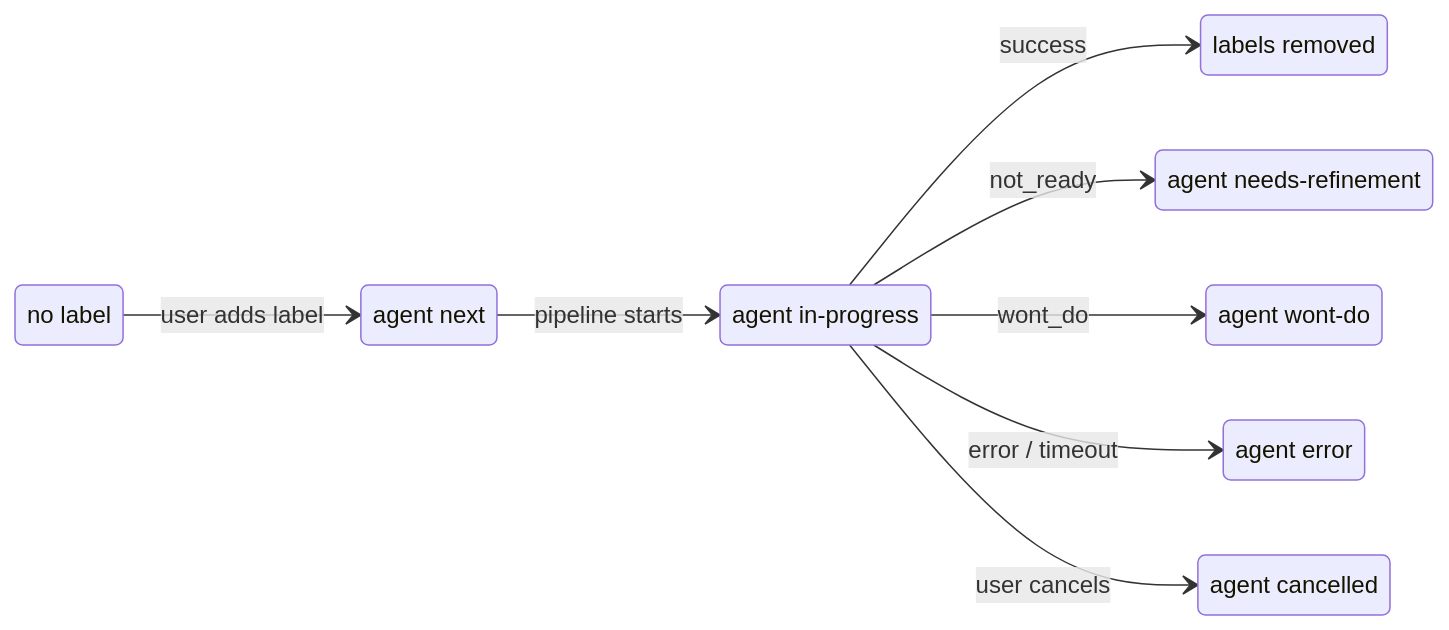
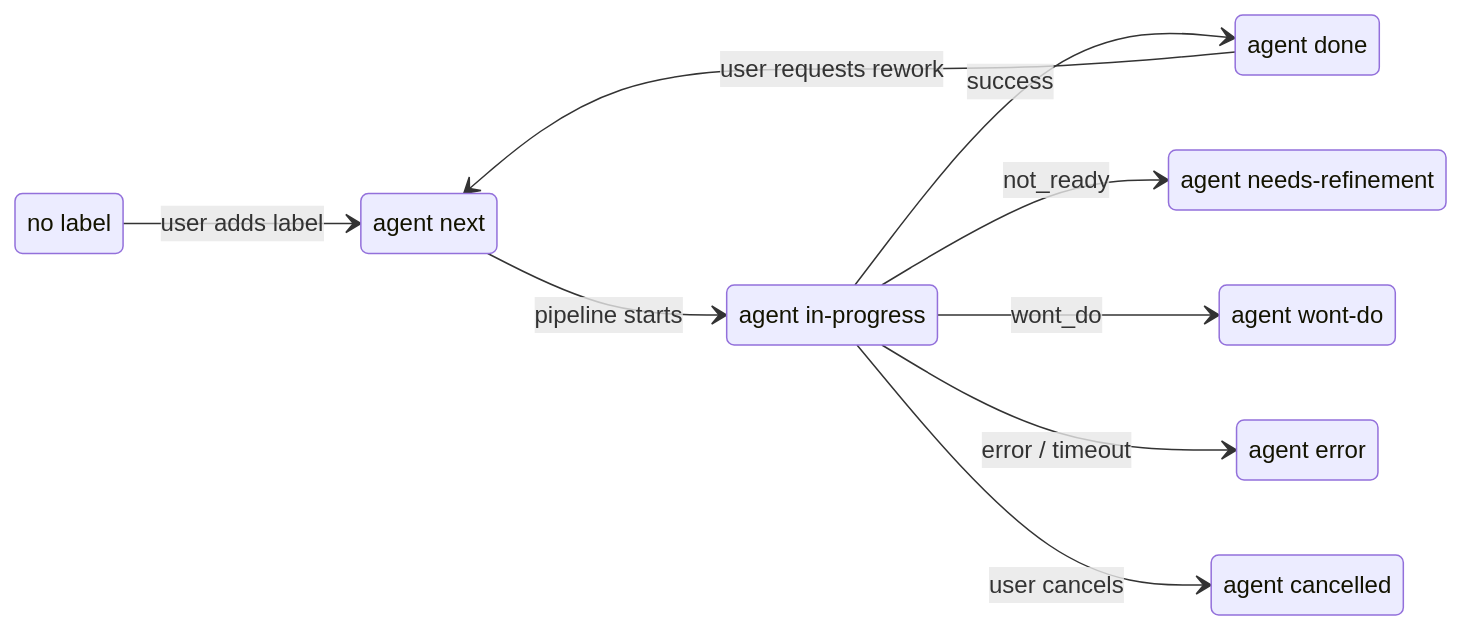
One commit to Chemsorly/coding-agent-automation changed the fourth of 4 diagrams in README.md. Above: the diagram before and after it, drawn with Mermaid. The commit also changed other lines of this file and 19 other files, not shown here.

Commit message:
pr rework flow

````diff
--- a/README.md
+++ b/README.md
@@ -277,20 +291,21 @@
 ```mermaid
 stateDiagram-v2
     direction LR
     state "no label" as none
     state "agent next" as next
     state "agent in-progress" as ip
-    state "labels removed" as removed
+    state "agent done" as done
     state "agent needs-refinement" as nr
     state "agent wont-do" as wd
     state "agent error" as err
     state "agent cancelled" as cancel
 
     none --> next : user adds label
     next --> ip : pipeline starts
-    ip --> removed : success
+    ip --> done : success
     ip --> nr : not_ready
     ip --> wd : wont_do
     ip --> err : error / timeout
     ip --> cancel : user cancels
+    done --> next : user requests rework
 ```
````
